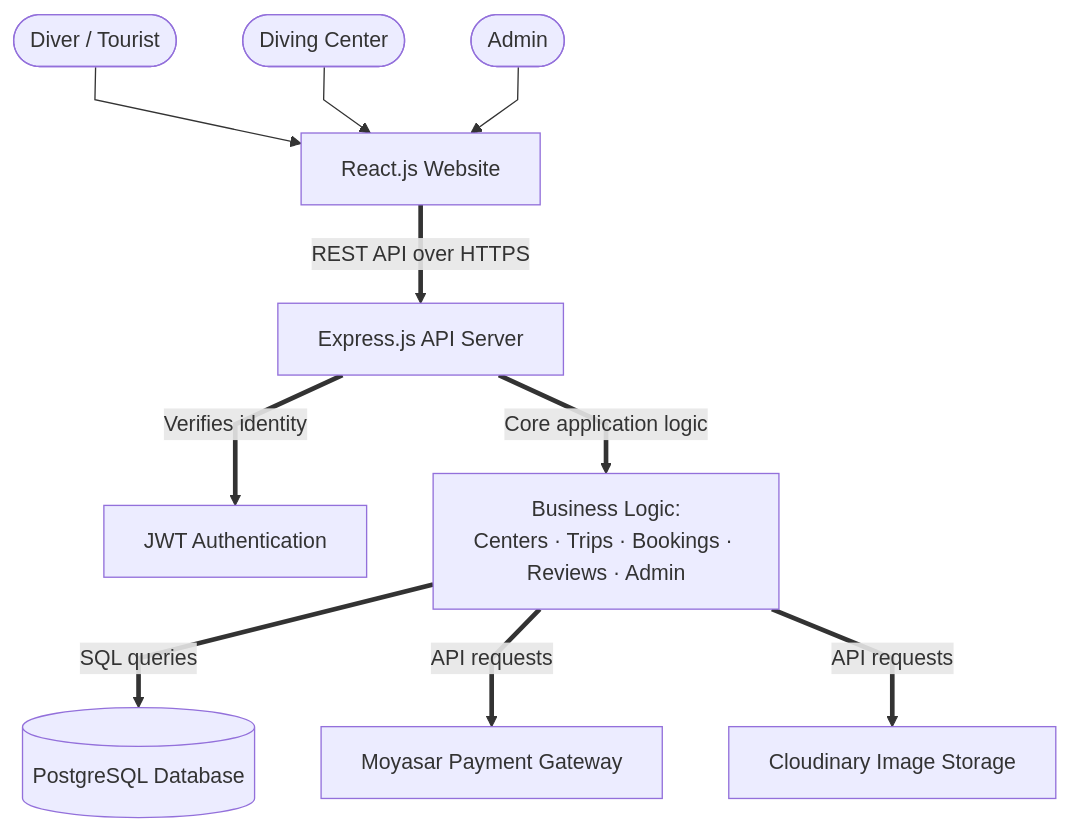
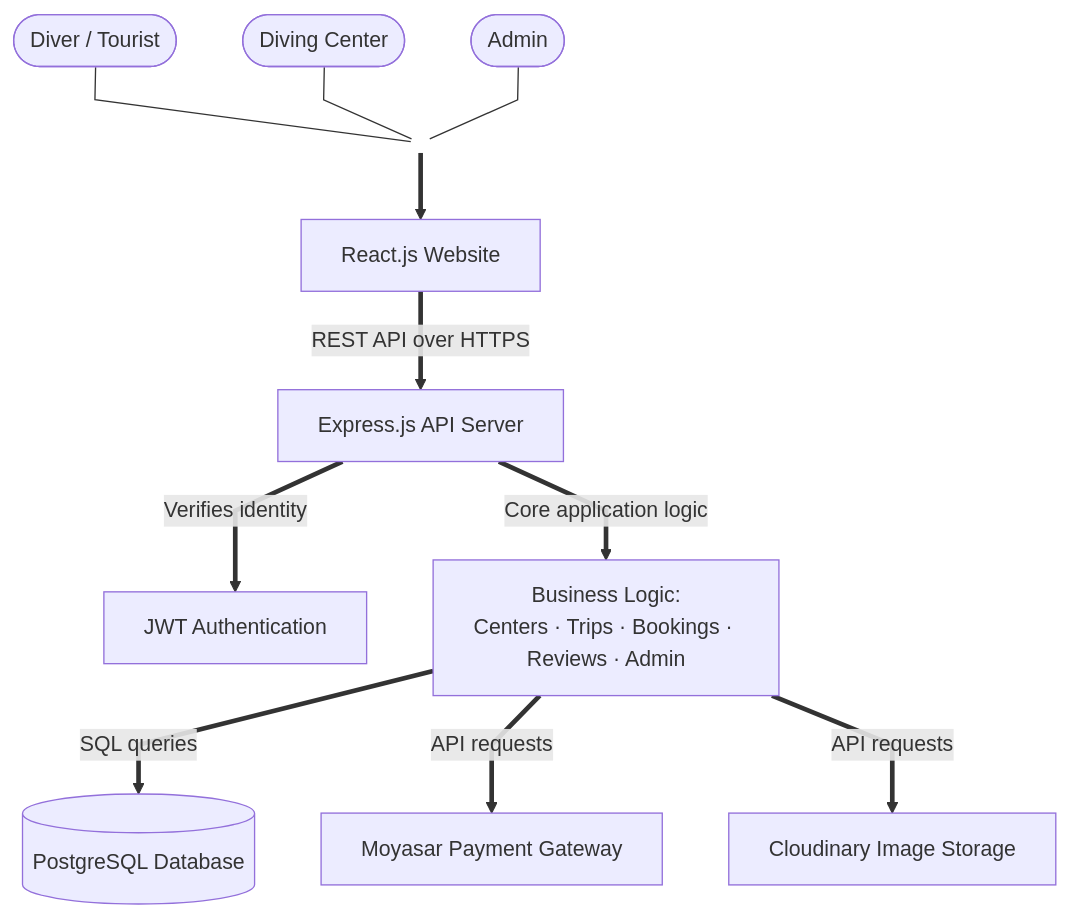
Before and after one commit to laradreamer79/Portfolio-Project: the first of 6 diagrams in stage 3/README.md, drawn with Mermaid.

Commit message:
Center the three user connections using an invisible junction node for symmetric alignment

````diff
--- a/stage 3/README.md
+++ b/stage 3/README.md
@@ -80,20 +80,24 @@
 ```mermaid
 %%{init: {"flowchart": {"curve": "linear"}} }%%
 flowchart TB
     Diver([Diver / Tourist])
     Center([Diving Center])
     Admin([Admin])
 
-    Diver --> WebApp["React.js Website"]
-    Center --> WebApp
-    Admin --> WebApp
+    Diver --- Users(( ))
+    Center --- Users
+    Admin --- Users
+
+    Users ==> WebApp["React.js Website"]
 
     WebApp ==>|"REST API over HTTPS"| API["Express.js API Server"]
 
     API ==>|"Verifies identity"| Auth["JWT Authentication"]
     API ==>|"Core application logic"| BL["Business Logic:<br/>Centers · Trips · Bookings · Reviews · Admin"]
 
     BL ==>|"SQL queries"| DB[("PostgreSQL Database")]
     BL ==>|"API requests"| Payment["Moyasar Payment Gateway"]
     BL ==>|"API requests"| Media["Cloudinary Image Storage"]
+
+    style Users fill:none,stroke:none
 ```
````
